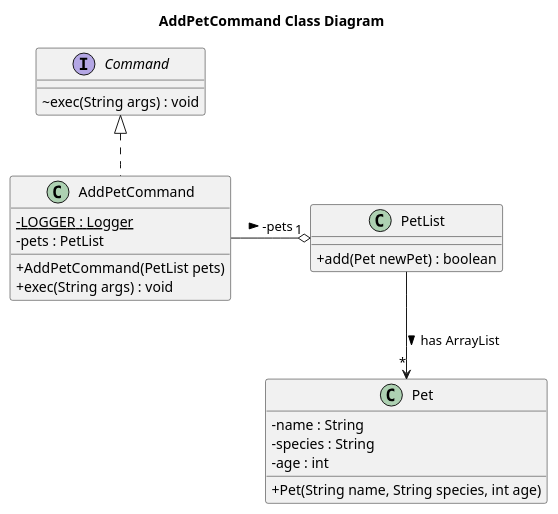
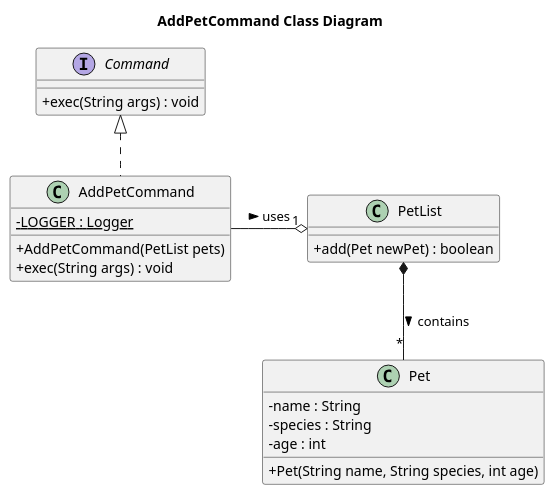
Before and after one commit to Kevin88866/tp: the diagram in docs/uml/AddPetCommand.puml, drawn with PlantUML.

Commit message:
Update developer guide for correctness

```diff
--- a/docs/uml/AddPetCommand.puml
+++ b/docs/uml/AddPetCommand.puml
@@ -1,35 +1,34 @@
 @startuml
 skinparam classAttributeIconSize 0
 title AddPetCommand Class Diagram
 
 interface Command {
-    ~ exec(String args) : void
+    + exec(String args) : void
 }
 
 class AddPetCommand {
     - {static} LOGGER : Logger
-    - pets : PetList
     + AddPetCommand(PetList pets)
     + exec(String args) : void
 }
 
 class PetList {
     + add(Pet newPet) : boolean
 }
 
 class Pet {
     - name : String
     - species : String
     - age : int
     + Pet(String name, String species, int age)
 }
 
 Command <|.. AddPetCommand
 
-AddPetCommand --o "1" PetList : -pets >
+AddPetCommand --o "1" PetList : uses >
 
-PetList --> "*" Pet : has ArrayList >
+PetList *-- "*" Pet : contains >
 
 AddPetCommand -right[hidden]- PetList
 
 @enduml
```
